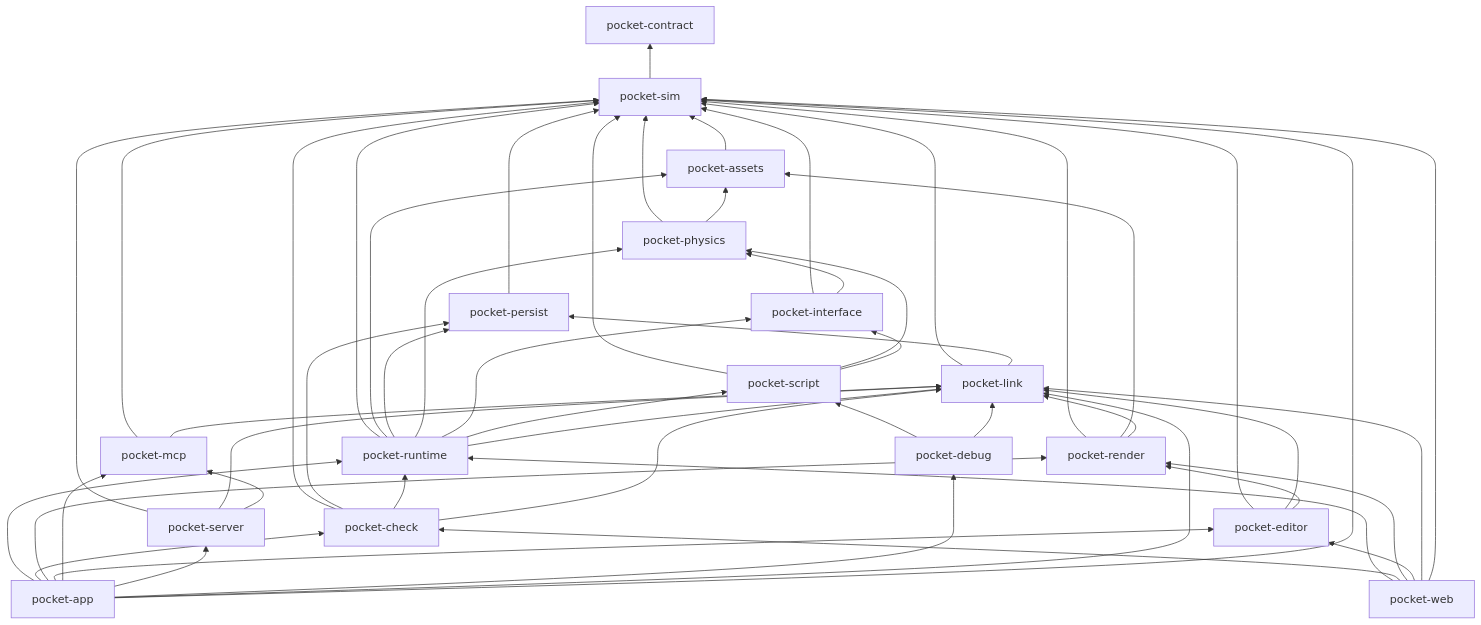
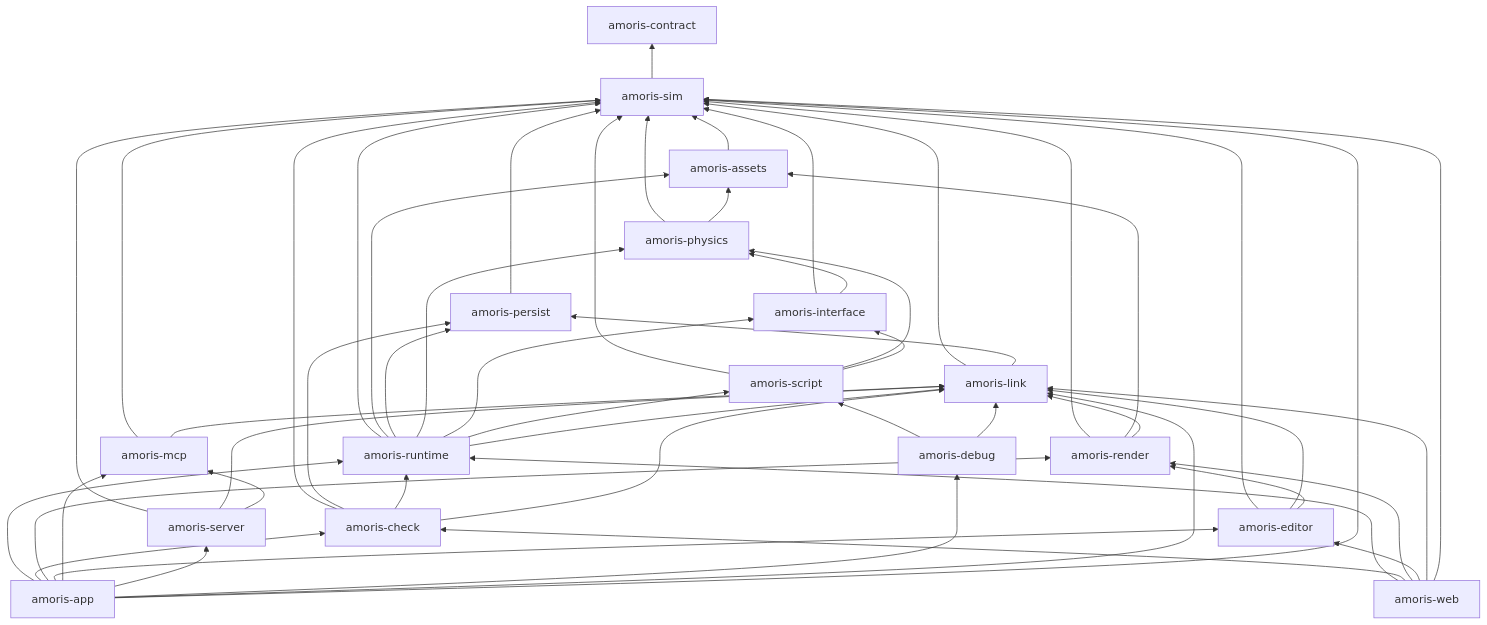
Before and after one commit to qiulinfan/amoris: the diagram in docs/spec/architecture.md, drawn with Mermaid. The commit also changed other lines of this file and 1334 other files, not shown here.

First line of the commit message:
Rename engine interfaces from pocket to amoris atomically

````diff
--- a/docs/spec/architecture.md
+++ b/docs/spec/architecture.md
@@ -411,25 +411,25 @@
 ```mermaid
 flowchart BT
-    contract[pocket-contract]
-    sim[pocket-sim] --> contract
-    assets[pocket-assets] --> sim
-    persist[pocket-persist] --> sim
-    physics[pocket-physics] --> sim
+    contract[amoris-contract]
+    sim[amoris-sim] --> contract
+    assets[amoris-assets] --> sim
+    persist[amoris-persist] --> sim
+    physics[amoris-physics] --> sim
     physics --> assets
-    interface[pocket-interface] --> sim
+    interface[amoris-interface] --> sim
     interface --> physics
-    script[pocket-script] --> sim
+    script[amoris-script] --> sim
     script --> physics
     script --> interface
-    link[pocket-link] --> sim
+    link[amoris-link] --> sim
     link --> persist
-    runtime[pocket-runtime] --> sim & assets & persist & physics & interface & script & link
-    check[pocket-check] --> sim & persist & runtime & link
-    render[pocket-render] --> sim & assets & link
-    editor[pocket-editor] --> sim & link & render
-    mcp[pocket-mcp] --> sim & link
-    server[pocket-server] --> sim & link & mcp
-    debug[pocket-debug] --> script & link
-    app[pocket-app] --> runtime & check & render & editor & mcp & server & debug & link & sim
-    web[pocket-web] --> runtime & check & render & editor & link & sim
+    runtime[amoris-runtime] --> sim & assets & persist & physics & interface & script & link
+    check[amoris-check] --> sim & persist & runtime & link
+    render[amoris-render] --> sim & assets & link
+    editor[amoris-editor] --> sim & link & render
+    mcp[amoris-mcp] --> sim & link
+    server[amoris-server] --> sim & link & mcp
+    debug[amoris-debug] --> script & link
+    app[amoris-app] --> runtime & check & render & editor & mcp & server & debug & link & sim
+    web[amoris-web] --> runtime & check & render & editor & link & sim
 ```
````
